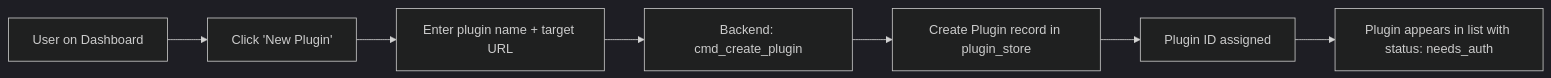
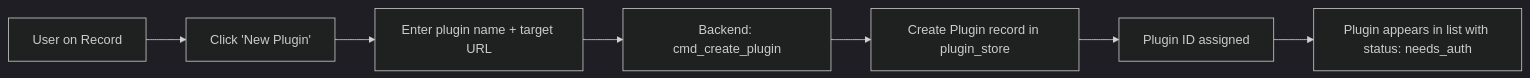
The third of 17 diagrams in docs/App-Flow.md (Cannonbold2412/CONXA), drawn with Mermaid (dark theme) before and after one commit. The commit also changed other lines of this file and 5 other files, not shown here.

````diff
--- a/docs/App-Flow.md
+++ b/docs/App-Flow.md
@@ -99,9 +100,9 @@
 ```mermaid
 flowchart LR
-    A[User on Dashboard] --> B[Click 'New Plugin']
+    A[User on Record] --> B[Click 'New Plugin']
     B --> C[Enter plugin name + target URL]
     C --> D[Backend: cmd_create_plugin]
     D --> E[Create Plugin record in plugin_store]
     E --> F[Plugin ID assigned]
     F --> G[Plugin appears in list with status: needs_auth]
 ```
````
